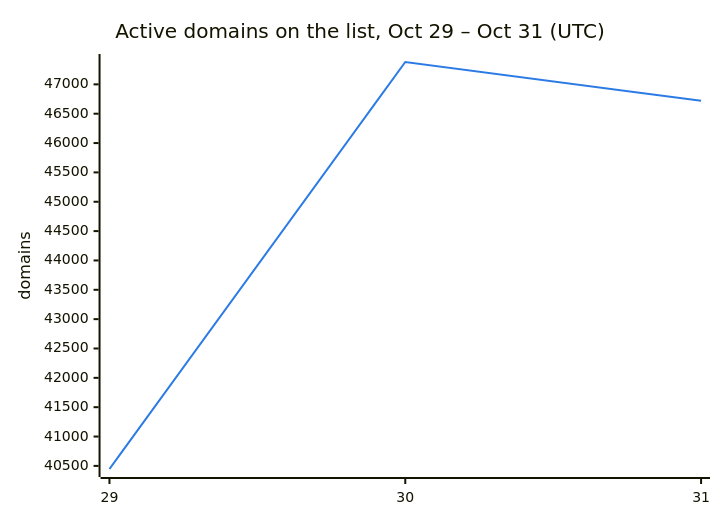
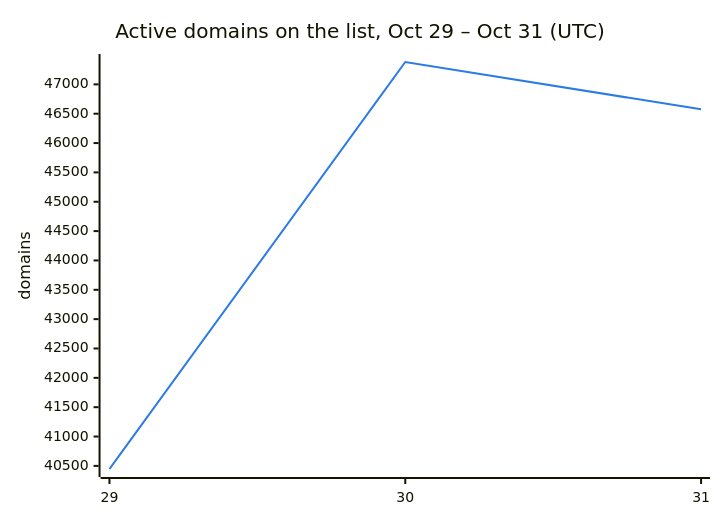
One commit to DNSBunker/CTI changed the second of 3 diagrams in README.md. Above: the diagram before and after it, drawn with Mermaid. The commit also changed other lines of this file and 3 other files, not shown here.

````diff
--- a/README.md
+++ b/README.md
@@ -38,8 +38,8 @@
 ```mermaid
 %%{init: {"themeVariables": {"xyChart": {"plotColorPalette": "#2c7be5"}}}}%%
 xychart-beta
     title "Active domains on the list, Oct 29 – Oct 31 (UTC)"
     x-axis ["29", "30", "31"]
     y-axis "domains"
-    line [40447, 47381, 46719]
+    line [40447, 47381, 46575]
 ```
````
